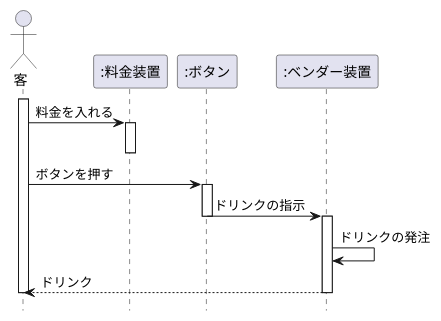
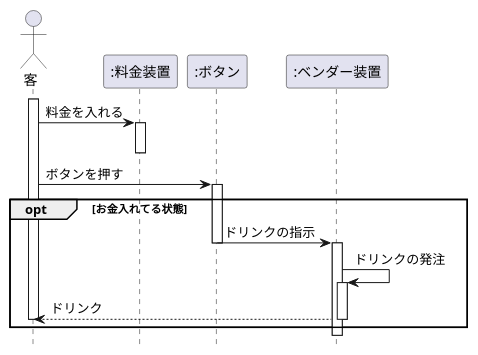
One commit to Raiki215/uml-introduction changed the diagram in 演習6-4-3_シーケンス図_自動販売機.pu. Above: the diagram before and after it, drawn with PlantUML.

Commit message:
やり直し

```diff
--- a/演習6-4-3_シーケンス図_自動販売機.pu
+++ b/演習6-4-3_シーケンス図_自動販売機.pu
@@ -1,21 +1,24 @@
 @startuml
 hide footbox
 Actor 客 as a
 participant ":料金装置" as b
 participant ":ボタン" as c
 participant ":ベンダー装置" as d
 
 activate a
 a -> b :料金を入れる
 activate b
 deactivate b
 a -> c :ボタンを押す
 activate c
+opt お金入れてる状態
 c -> d : ドリンクの指示
 deactivate c
 activate d
 d -> d :ドリンクの発注
+activate d
 d --> a : ドリンク
 deactivate d
 deactivate a
+end alt
 @enduml
```
